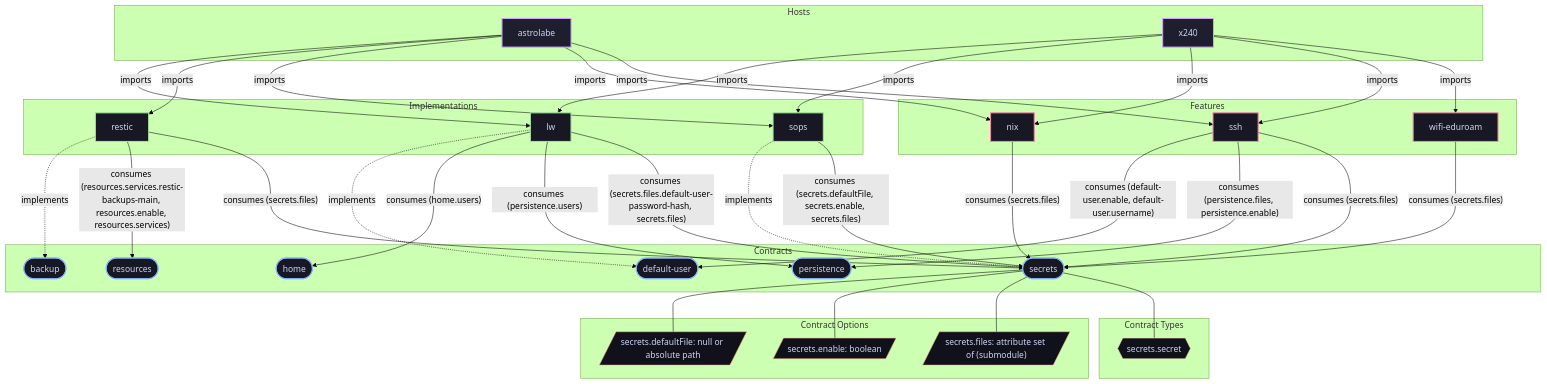
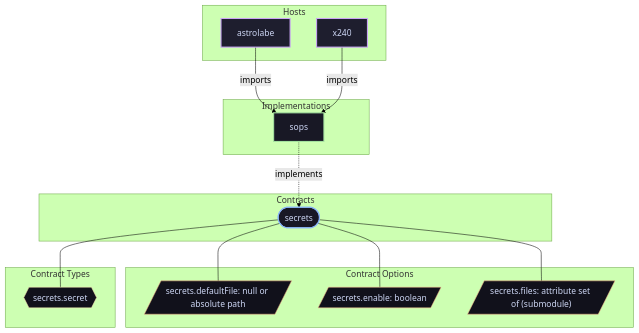
One commit to LW-54/nixconf changed the diagram in docs/contracts/secrets.md. Above: the diagram before and after it, drawn with Mermaid (forest theme). The commit also changed other lines of this file and 87 other files, not shown here.

````diff
--- a/docs/contracts/secrets.md
+++ b/docs/contracts/secrets.md
@@ -15,80 +15,46 @@
 ```mermaid
 flowchart TD
     subgraph Hosts["Hosts"]
         host__astrolabe["astrolabe"]:::hostNode
         host__x240["x240"]:::hostNode
     end
 
     subgraph Contracts["Contracts"]
-        contract__backup(["backup"]):::contractNode
-        contract__default_user(["default-user"]):::contractNode
-        contract__home(["home"]):::contractNode
-        contract__persistence(["persistence"]):::contractNode
-        contract__resources(["resources"]):::contractNode
         contract__secrets(["secrets"]):::contractNode
     end
 
     subgraph Implementations["Implementations"]
-        impl__lw["lw"]:::implNode
-        impl__restic["restic"]:::implNode
         impl__sops["sops"]:::implNode
-    end
-
-    subgraph Features["Features"]
-        feature__nix["nix"]:::featureNode
-        feature__ssh["ssh"]:::featureNode
-        feature__wifi_eduroam["wifi-eduroam"]:::featureNode
     end
 
     subgraph ContractOptions["Contract Options"]
         opt__secrets_defaultFile[/"secrets.defaultFile: null or absolute path"/]:::optNode
         opt__secrets_enable[/"secrets.enable: boolean"/]:::optNode
         opt__secrets_files[/"secrets.files: attribute set of (submodule)"/]:::optNode
     end
 
     subgraph ContractTypes["Contract Types"]
         type__secrets_secret{{"secrets.secret"}}:::typeNode
     end
 
 
-    host__astrolabe -->|"imports"| impl__lw
-    host__astrolabe -->|"imports"| impl__restic
     host__astrolabe -->|"imports"| impl__sops
-    host__astrolabe -->|"imports"| feature__nix
-    host__astrolabe -->|"imports"| feature__ssh
-    host__x240 -->|"imports"| impl__lw
     host__x240 -->|"imports"| impl__sops
-    host__x240 -->|"imports"| feature__nix
-    host__x240 -->|"imports"| feature__ssh
-    host__x240 -->|"imports"| feature__wifi_eduroam
-    impl__lw -.->|"implements"| contract__default_user
-    impl__restic -.->|"implements"| contract__backup
     impl__sops -.->|"implements"| contract__secrets
-    feature__nix -->|"consumes (secrets.files)"| contract__secrets
-    feature__ssh -->|"consumes (default-user.enable, default-user.username)"| contract__default_user
-    feature__ssh -->|"consumes (persistence.files, persistence.enable)"| contract__persistence
-    feature__ssh -->|"consumes (secrets.files)"| contract__secrets
-    feature__wifi_eduroam -->|"consumes (secrets.files)"| contract__secrets
-    impl__lw -->|"consumes (home.users)"| contract__home
-    impl__lw -->|"consumes (persistence.users)"| contract__persistence
-    impl__lw -->|"consumes (secrets.files.default-user-password-hash, secrets.files)"| contract__secrets
-    impl__restic -->|"consumes (resources.services.restic-backups-main, resources.enable, resources.services)"| contract__resources
-    impl__restic -->|"consumes (secrets.files)"| contract__secrets
-    impl__sops -->|"consumes (secrets.defaultFile, secrets.enable, secrets.files)"| contract__secrets
     contract__secrets --- opt__secrets_defaultFile
     contract__secrets --- opt__secrets_enable
     contract__secrets --- opt__secrets_files
     contract__secrets --- type__secrets_secret
 
 classDef hostNode fill:#1e1e2e,stroke:#cba6f7,stroke-width:2px,color:#cdd6f4;
 classDef contractNode fill:#181825,stroke:#89b4fa,stroke-width:2px,color:#cdd6f4;
 classDef implNode fill:#181825,stroke:#a6e3a1,stroke-width:2px,color:#cdd6f4;
 classDef featureNode fill:#181825,stroke:#f38ba8,stroke-width:2px,color:#cdd6f4;
 classDef libNode fill:#181825,stroke:#94e2d5,stroke-width:2px,color:#cdd6f4;
 classDef optNode fill:#11111b,stroke:#fab387,stroke-width:1px,color:#cdd6f4;
 classDef typeNode fill:#11111b,stroke:#f9e2af,stroke-width:1px,color:#cdd6f4;
 classDef fnNode fill:#181825,stroke:#94e2d5,stroke-width:1px,color:#cdd6f4;
 classDef pkgNode fill:#181825,stroke:#b4befe,stroke-width:1px,color:#cdd6f4;
 classDef shellNode fill:#181825,stroke:#f5c2e7,stroke-width:1px,color:#cdd6f4;
 
 ```
````
